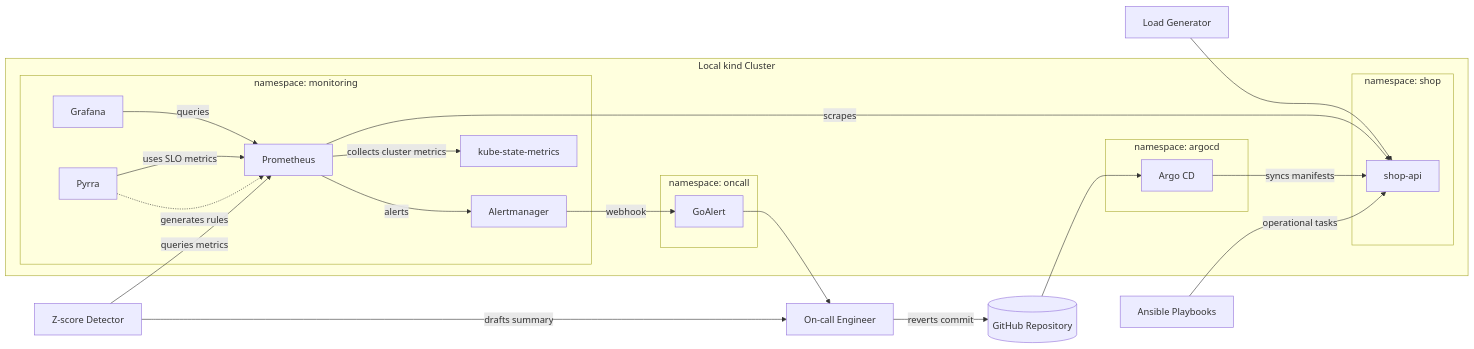
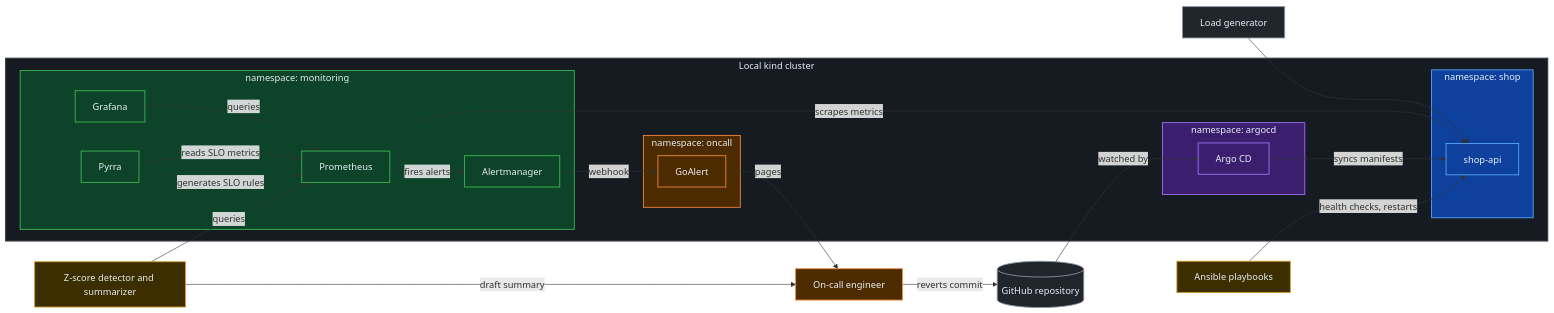
Before and after one commit to aliaagamall/site-reliability-engineering: the diagram in module-04-sre-operating-model/docs/00-scope-and-architecture.md, drawn with Mermaid.

Commit message:
docs(architecture): refine SRE operating model diagram

````diff
--- a/module-04-sre-operating-model/docs/00-scope-and-architecture.md
+++ b/module-04-sre-operating-model/docs/00-scope-and-architecture.md
@@ -44,43 +44,58 @@
 ```mermaid
 flowchart LR
-    LG[Load Generator] --> API
+    LG[Load generator] --> API
 
-    subgraph kind["Local kind Cluster"]
+    subgraph kind["Local kind cluster"]
         subgraph shop["namespace: shop"]
             API[shop-api]
         end
-
         subgraph mon["namespace: monitoring"]
             PROM[Prometheus]
             GRAF[Grafana]
             PYR[Pyrra]
             AM[Alertmanager]
-            KSM[kube-state-metrics]
         end
-
         subgraph oc["namespace: oncall"]
             GA[GoAlert]
         end
-
         subgraph gitops["namespace: argocd"]
             ARGO[Argo CD]
         end
     end
 
-    PROM -->|scrapes| API
-    PROM -->|collects cluster metrics| KSM
-    GRAF -->|queries| PROM
-    PYR -->|uses SLO metrics| PROM
-    PYR -.->|generates rules| PROM
-    PROM -->|alerts| AM
-    AM -->|webhook| GA
-    GA --> ENG[On-call Engineer]
+    PROM -- scrapes metrics --> API
+    GRAF -- queries --> PROM
+    PYR -- reads SLO metrics --> PROM
+    PYR -. generates SLO rules .-> PROM
+    PROM -- fires alerts --> AM
+    AM -- webhook --> GA
+    GA -- pages --> ENG[On-call engineer]
 
-    GH[(GitHub Repository)] --> ARGO
-    ARGO -->|syncs manifests| API
-    ENG -->|reverts commit| GH
+    GH[(GitHub repository)] -- watched by --> ARGO
+    ARGO -- syncs manifests --> API
+    ENG -- reverts commit --> GH
 
-    ANS[Ansible Playbooks] -->|operational tasks| API
-    AI[Z-score Detector] -->|queries metrics| PROM
-    AI -->|drafts summary| ENG
+    ANS[Ansible playbooks] -- health checks, restarts --> API
+    AI[Z-score detector and summarizer] -- queries --> PROM
+    AI -- draft summary --> ENG
+
+    classDef external fill:#21262d,stroke:#8b949e,stroke-width:1.5px,color:#e6edf3
+    classDef app fill:#0d419d,stroke:#58a6ff,stroke-width:1.5px,color:#e6edf3
+    classDef monitoring fill:#0d4429,stroke:#3fb950,stroke-width:1.5px,color:#e6edf3
+    classDef oncall fill:#4d2b00,stroke:#f0883e,stroke-width:1.5px,color:#e6edf3
+    classDef gitops fill:#3b1f6e,stroke:#a371f7,stroke-width:1.5px,color:#e6edf3
+    classDef automation fill:#3d2e00,stroke:#d29922,stroke-width:1.5px,color:#e6edf3
+
+    class LG,GH external
+    class API app
+    class PROM,GRAF,PYR,AM monitoring
+    class GA,ENG oncall
+    class ARGO gitops
+    class ANS,AI automation
+
+    style kind fill:#161b22,stroke:#30363d,stroke-width:2px,color:#e6edf3
+    style shop fill:#0d419d,stroke:#58a6ff,stroke-width:1.5px,color:#e6edf3
+    style mon fill:#0d4429,stroke:#3fb950,stroke-width:1.5px,color:#e6edf3
+    style oc fill:#4d2b00,stroke:#f0883e,stroke-width:1.5px,color:#e6edf3
+    style gitops fill:#3b1f6e,stroke:#a371f7,stroke-width:1.5px,color:#e6edf3
 ```
````
